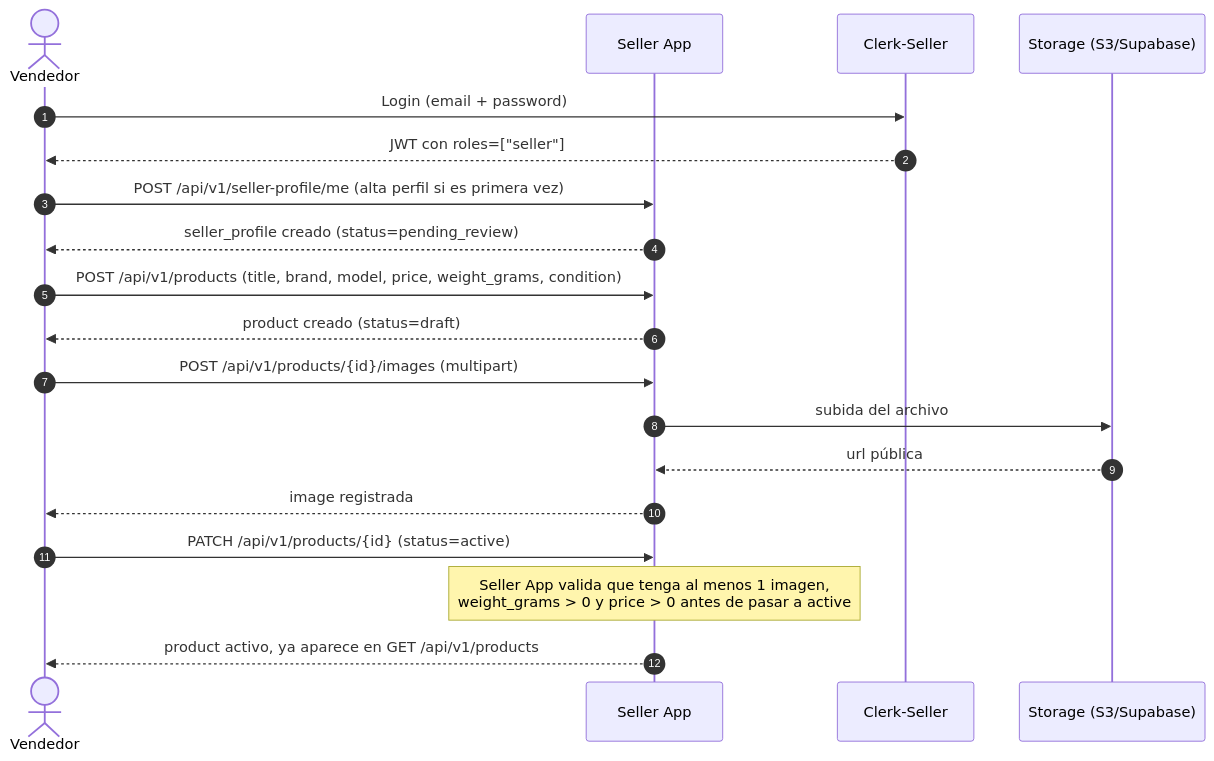
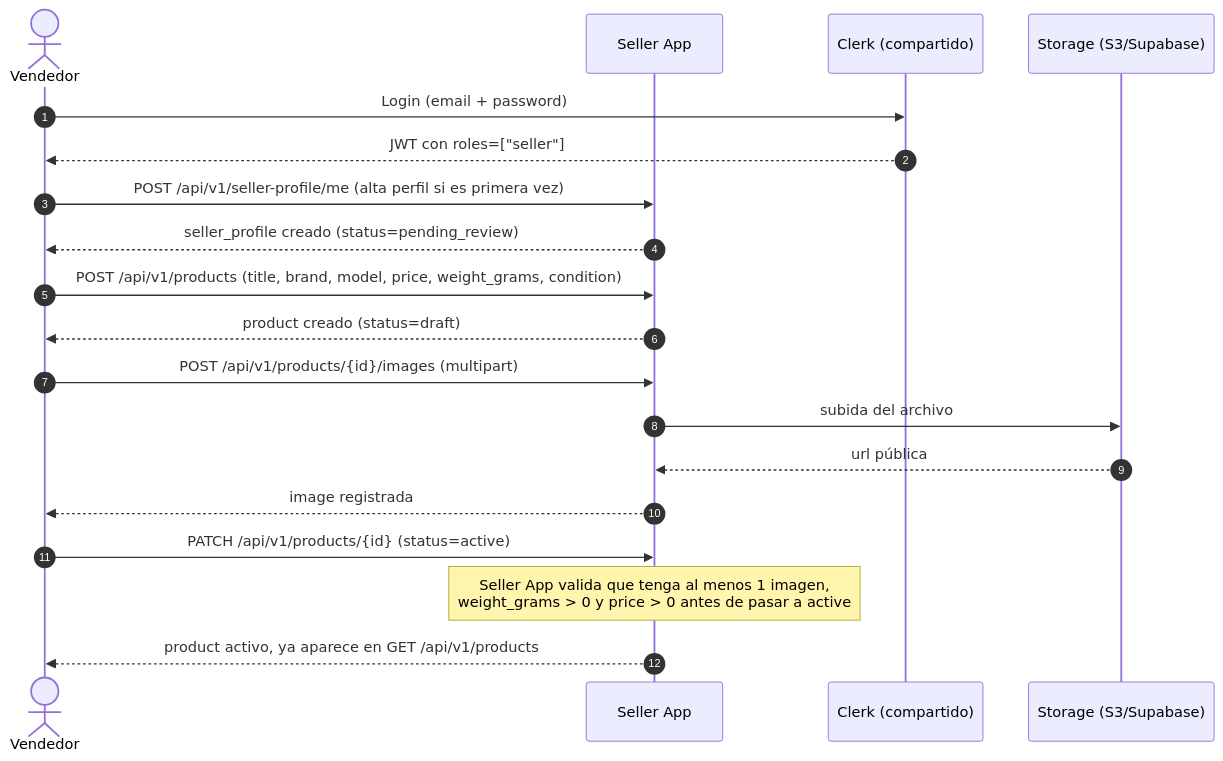
Before and after one commit to IAW-2026/proyecto-c-seller-bicimarket: the second of 5 diagrams in docs/01-descripcion.md, drawn with Mermaid. The commit also changed other lines of this file and 9 other files, not shown here.

````diff
--- a/docs/01-descripcion.md
+++ b/docs/01-descripcion.md
@@ -117,22 +116,22 @@
 ```mermaid
 sequenceDiagram
     autonumber
     actor V as Vendedor
     participant S as Seller App
-    participant CL as Clerk-Seller
+    participant CL as Clerk (compartido)
     participant ST as Storage (S3/Supabase)
 
     V->>CL: Login (email + password)
     CL-->>V: JWT con roles=["seller"]
     V->>S: POST /api/v1/seller-profile/me (alta perfil si es primera vez)
     S-->>V: seller_profile creado (status=pending_review)
     V->>S: POST /api/v1/products (title, brand, model, price, weight_grams, condition)
     S-->>V: product creado (status=draft)
     V->>S: POST /api/v1/products/{id}/images (multipart)
     S->>ST: subida del archivo
     ST-->>S: url pública
     S-->>V: image registrada
     V->>S: PATCH /api/v1/products/{id} (status=active)
     note over S: Seller App valida que tenga al menos 1 imagen,<br/>weight_grams > 0 y price > 0 antes de pasar a active
     S-->>V: product activo, ya aparece en GET /api/v1/products
 ```
````
